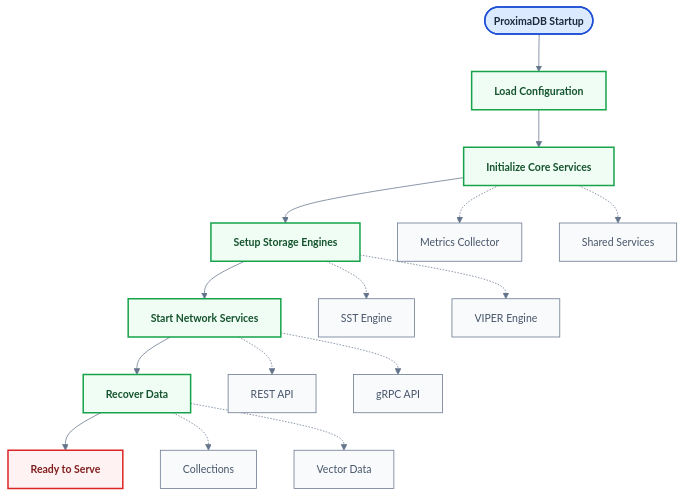
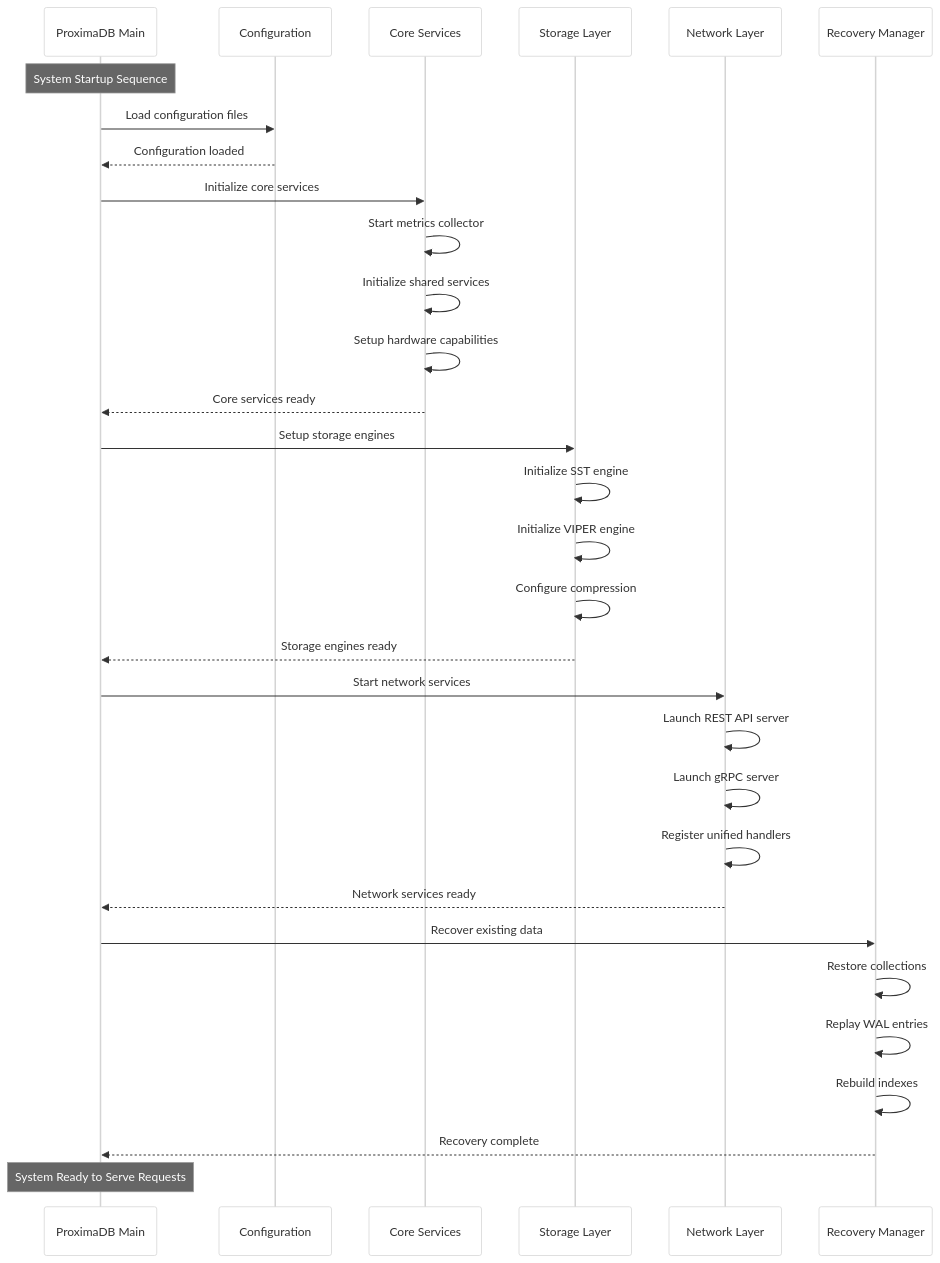
Before and after one commit to vjsingh1984/proximaDB: the diagram in docs/diagrams/system-initialization-abstract.mmd, drawn with Mermaid. The commit also changed 13 other files, not shown here.

First line of the commit message:
fix: resolve compilation errors and improve diagram design

```diff
--- a/docs/diagrams/system-initialization-abstract.mmd
+++ b/docs/diagrams/system-initialization-abstract.mmd
@@ -1,32 +1,39 @@
 %%{init: {"theme":"neutral", "themeVariables": {"primaryColor":"#2563eb","primaryTextColor":"#ffffff","primaryBorderColor":"#1e40af","lineColor":"#64748b","secondaryColor":"#10b981","secondaryTextColor":"#ffffff","tertiaryColor":"#f59e0b","tertiaryTextColor":"#ffffff","background":"transparent","mainBkg":"#ffffff","secondBkg":"#f8fafc","textColor":"#1e293b","nodeTextColor":"#1e293b","fontFamily":"-apple-system, BlinkMacSystemFont, Segoe UI, Roboto, sans-serif","fontSize":"14px","clusterBkg":"#f1f5f9","clusterBorder":"#cbd5e1","edgeLabelBackground":"#ffffff"}}}%%
-flowchart TD
-    Start([ProximaDB Startup]) --> Config[Load Configuration]
-    Config --> Core[Initialize Core Services]
-    Core --> Storage[Setup Storage Engines]
-    Storage --> Network[Start Network Services]
-    Network --> Recovery[Recover Data]
-    Recovery --> Ready[Ready to Serve]
+sequenceDiagram
+    participant Main as ProximaDB Main
+    participant Config as Configuration
+    participant Core as Core Services
+    participant Storage as Storage Layer
+    participant Network as Network Layer
+    participant Recovery as Recovery Manager
     
-    %% Service groupings
-    Core -.-> Metrics[Metrics Collector]
-    Core -.-> Shared[Shared Services]
+    Note over Main: System Startup Sequence
     
-    Storage -.-> SST[SST Engine]
-    Storage -.-> VIPER[VIPER Engine]
+    Main->>Config: Load configuration files
+    Config-->>Main: Configuration loaded
     
-    Network -.-> REST[REST API]
-    Network -.-> GRPC[gRPC API]
+    Main->>Core: Initialize core services
+    Core->>Core: Start metrics collector
+    Core->>Core: Initialize shared services
+    Core->>Core: Setup hardware capabilities
+    Core-->>Main: Core services ready
     
-    Recovery -.-> Collections[Collections]
-    Recovery -.-> Vectors[Vector Data]
+    Main->>Storage: Setup storage engines
+    Storage->>Storage: Initialize SST engine
+    Storage->>Storage: Initialize VIPER engine
+    Storage->>Storage: Configure compression
+    Storage-->>Main: Storage engines ready
     
-    %% Styling for clear abstraction
-    classDef startStyle fill:#dbeafe,stroke:#1d4ed8,stroke-width:2px,color:#1e293b,font-weight:bold
-    classDef processStyle fill:#f0fdf4,stroke:#16a34a,stroke-width:2px,color:#14532d,font-weight:bold
-    classDef endStyle fill:#fef2f2,stroke:#dc2626,stroke-width:2px,color:#7f1d1d,font-weight:bold
-    classDef detailStyle fill:#f8fafc,stroke:#64748b,stroke-width:1px,color:#475569
+    Main->>Network: Start network services
+    Network->>Network: Launch REST API server
+    Network->>Network: Launch gRPC server
+    Network->>Network: Register unified handlers
+    Network-->>Main: Network services ready
     
-    class Start startStyle
-    class Config,Core,Storage,Network,Recovery processStyle
-    class Ready endStyle
-    class Metrics,Shared,SST,VIPER,REST,GRPC,Collections,Vectors detailStyle
+    Main->>Recovery: Recover existing data
+    Recovery->>Recovery: Restore collections
+    Recovery->>Recovery: Replay WAL entries
+    Recovery->>Recovery: Rebuild indexes
+    Recovery-->>Main: Recovery complete
+    
+    Note over Main: System Ready to Serve Requests
```
